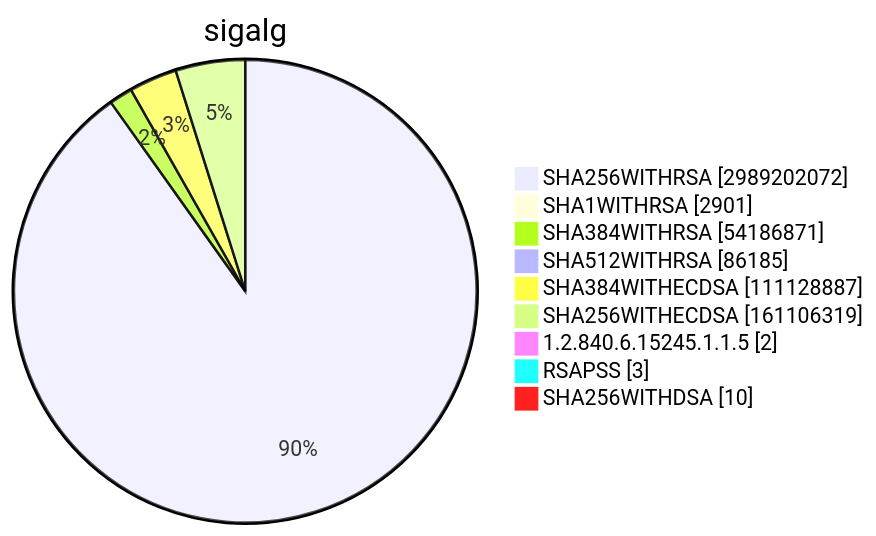
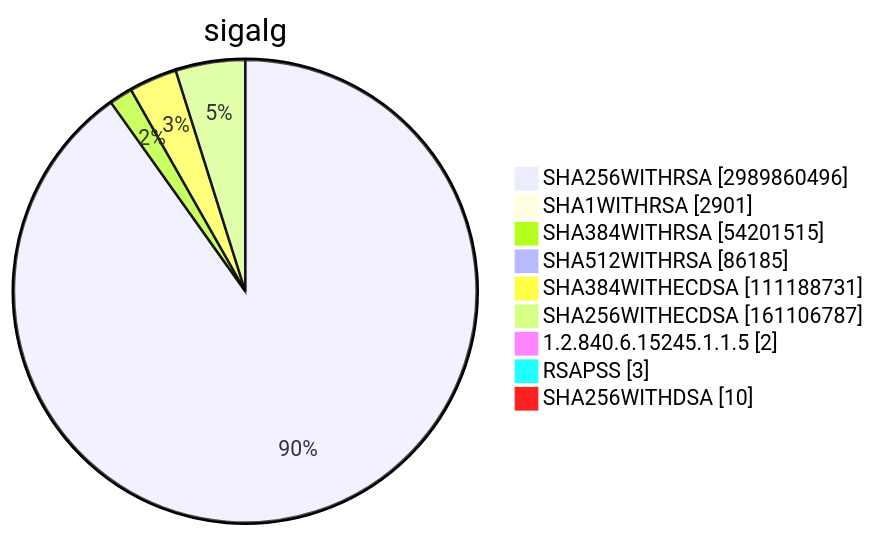
Before and after one commit to christiankrug/ctmonitor_visualization: diagram 15 of 15 in TOTAL/README.md, drawn with Mermaid. The commit also changed other lines of this file, not shown here.

````diff
--- a/TOTAL/README.md
+++ b/TOTAL/README.md
@@ -6208,13 +6208,13 @@
 ```mermaid
 pie showData
 title sigalg
-"SHA256WITHRSA" :2989202072
+"SHA256WITHRSA" :2989860496
 "SHA1WITHRSA" :2901
-"SHA384WITHRSA" :54186871
+"SHA384WITHRSA" :54201515
 "SHA512WITHRSA" :86185
-"SHA384WITHECDSA" :111128887
-"SHA256WITHECDSA" :161106319
+"SHA384WITHECDSA" :111188731
+"SHA256WITHECDSA" :161106787
 "1.2.840.6.15245.1.1.5" :2
 "RSAPSS" :3
 "SHA256WITHDSA" :10
 ```
````
